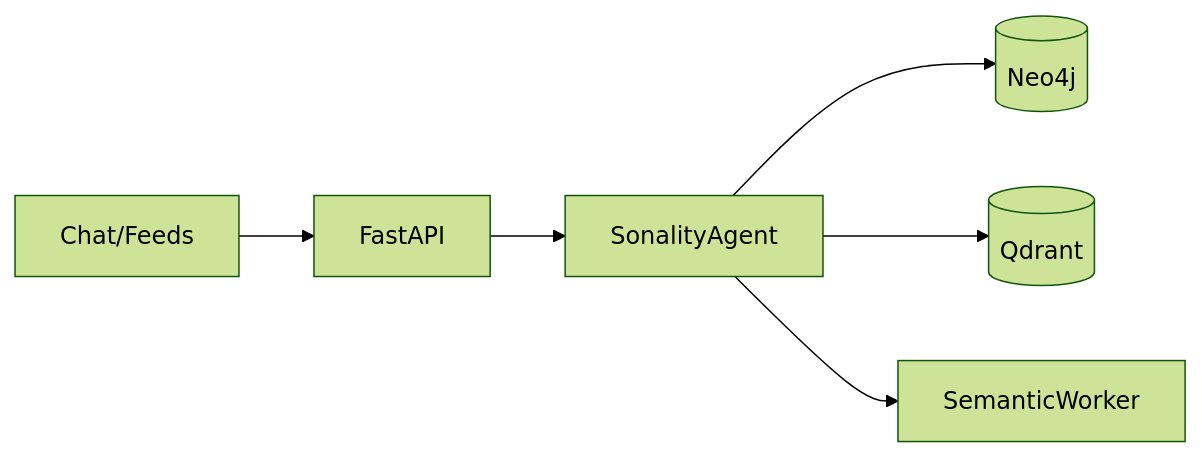
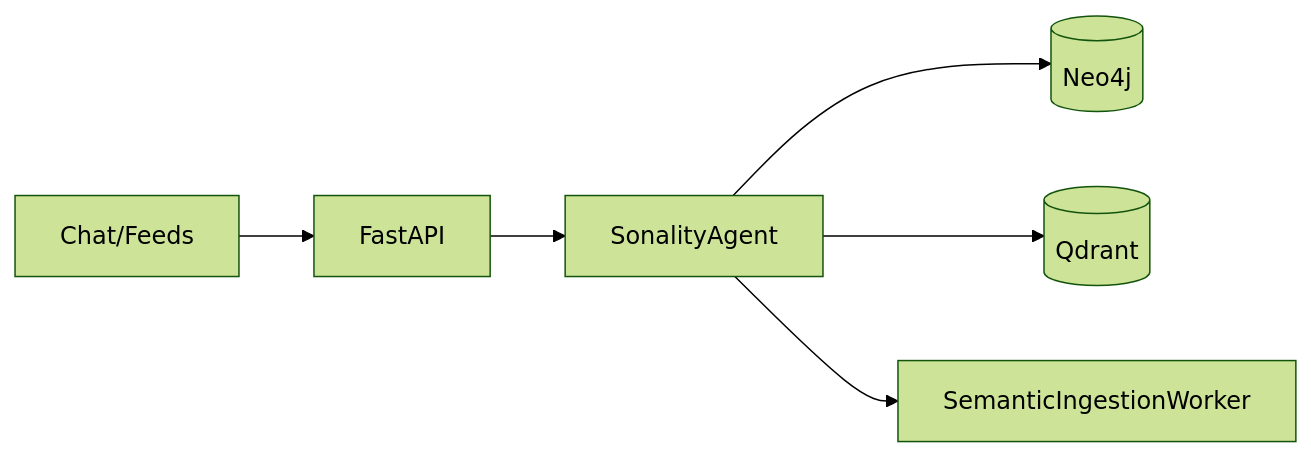
One commit to Okm165/Sonality changed the first of 2 diagrams in docs/architecture/overview.md. Above: the diagram before and after it, drawn with Mermaid (forest theme). The commit also changed other lines of this file and 15 other files, not shown here.

````diff
--- a/docs/architecture/overview.md
+++ b/docs/architecture/overview.md
@@ -9,8 +9,8 @@
 ```mermaid
 flowchart LR
     Sources[Chat/Feeds] --> API[FastAPI]
     API --> Agent[SonalityAgent]
     Agent --> Neo4j[(Neo4j)]
     Agent --> Qdrant[(Qdrant)]
-    Agent --> Background[SemanticWorker]
+    Agent --> Background[SemanticIngestionWorker]
 ```
````
